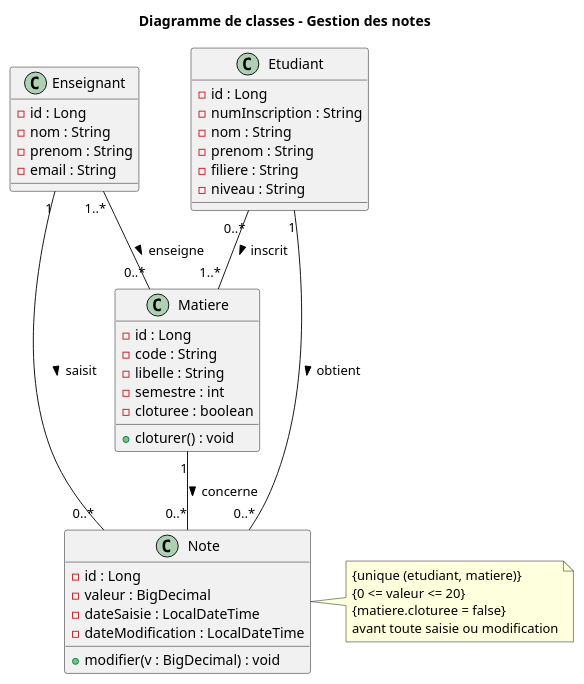
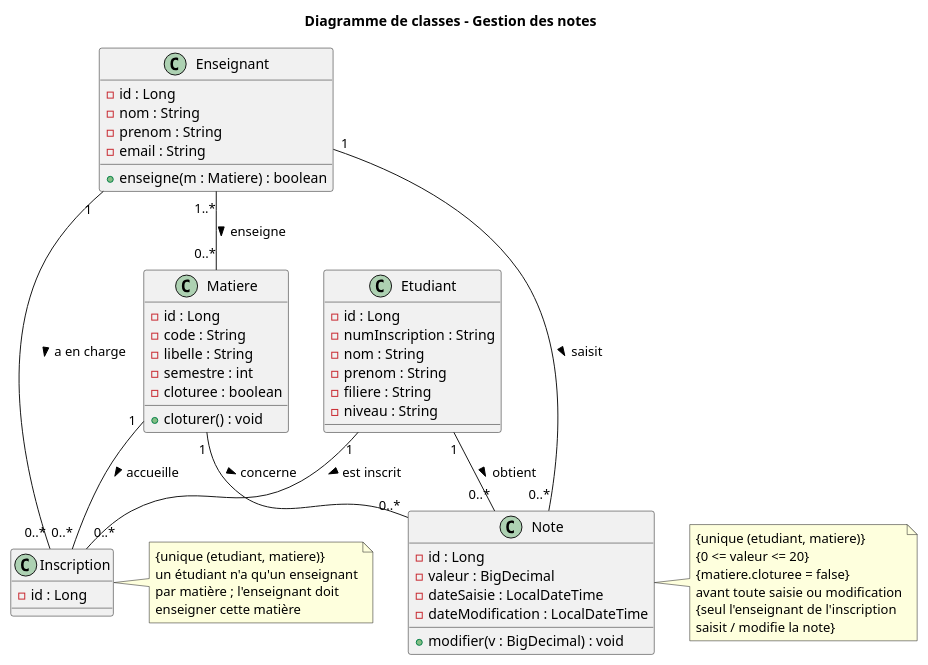
The diagram in docs/class-diagram.puml (AbdelkaderJIT/SaisieNotes), drawn with PlantUML before and after one commit. The commit also changed 41 other files, not shown here.

```diff
--- a/docs/class-diagram.puml
+++ b/docs/class-diagram.puml
@@ -1,44 +1,64 @@
 @startuml class-diagram
 title Diagramme de classes - Gestion des notes
 
 class Enseignant {
   - id : Long
   - nom : String
   - prenom : String
   - email : String
+  + enseigne(m : Matiere) : boolean
 }
 class Matiere {
   - id : Long
   - code : String
   - libelle : String
   - semestre : int
   - cloturee : boolean
   + cloturer() : void
 }
 class Etudiant {
   - id : Long
   - numInscription : String
   - nom : String
   - prenom : String
   - filiere : String
   - niveau : String
 }
+class Inscription {
+  - id : Long
+}
 class Note {
   - id : Long
   - valeur : BigDecimal
   - dateSaisie : LocalDateTime
   - dateModification : LocalDateTime
   + modifier(v : BigDecimal) : void
 }
+
 Enseignant "1..*" -- "0..*" Matiere : enseigne >
-Etudiant "0..*" -- "1..*" Matiere : inscrit >
+
+' Inscription : un étudiant suivi dans une matière par UN enseignant
+Etudiant "1" -- "0..*" Inscription : est inscrit >
+Matiere "1" -- "0..*" Inscription : accueille >
+Enseignant "1" -- "0..*" Inscription : a en charge >
+
 Matiere "1" -- "0..*" Note : concerne >
 Etudiant "1" -- "0..*" Note : obtient >
 Enseignant "1" -- "0..*" Note : saisit >
+
+note right of Inscription
+  {unique (etudiant, matiere)}
+  un étudiant n'a qu'un enseignant
+  par matière ; l'enseignant doit
+  enseigner cette matière
+end note
+
 note right of Note
   {unique (etudiant, matiere)}
   {0 <= valeur <= 20}
   {matiere.cloturee = false}
   avant toute saisie ou modification
+  {seul l'enseignant de l'inscription
+  saisit / modifie la note}
 end note
 @enduml
```
